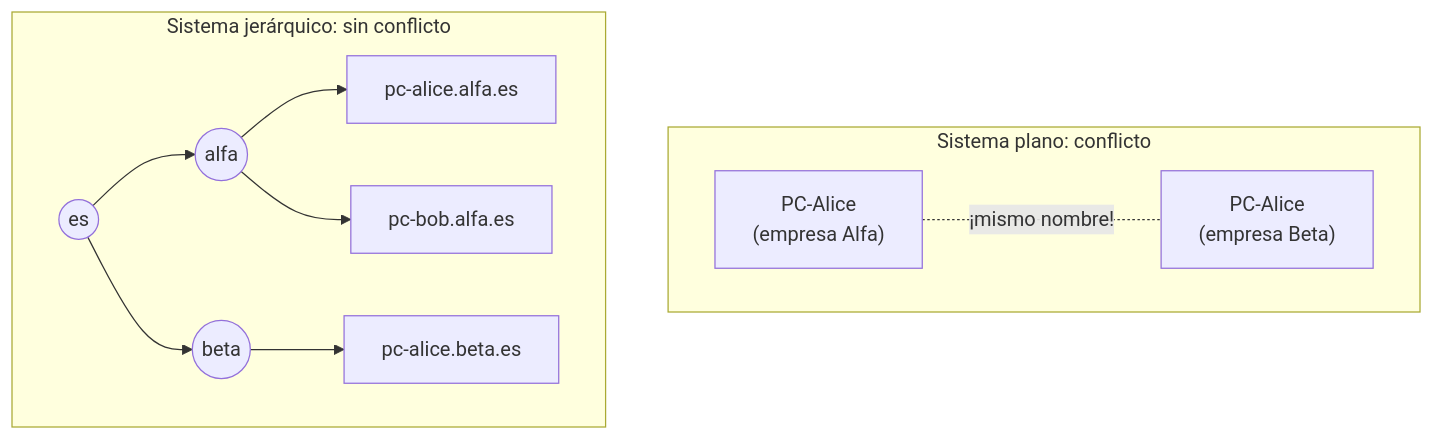
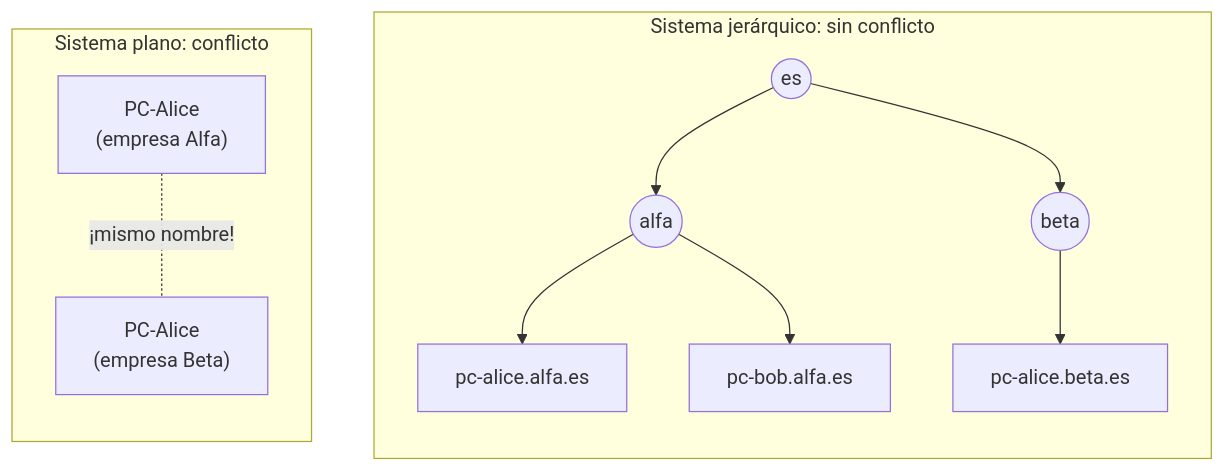
Before and after one commit to carloshercal/servicios-en-red: the first of 9 diagrams in docs/ut2-dns/teoria.md, drawn with Mermaid.

Commit message:
revisión diagramas

````diff
--- a/docs/ut2-dns/teoria.md
+++ b/docs/ut2-dns/teoria.md
@@ -68,11 +68,16 @@
 ```mermaid
-flowchart TB
+flowchart LR
+    %% LR coloca los dos bloques uno al lado del otro, en el orden en que se declaran
     subgraph Plano["Sistema plano: conflicto"]
+        direction TB
         A1["PC-Alice<br/>(empresa Alfa)"] -.-|"¡mismo nombre!"| A2["PC-Alice<br/>(empresa Beta)"]
     end
     subgraph Jerarquico["Sistema jerárquico: sin conflicto"]
+        direction TB
         ES(("es")) --> ALFA(("alfa")) & BETA(("beta"))
         ALFA --> P1["pc-alice.alfa.es"] & P2["pc-bob.alfa.es"]
         BETA --> P3["pc-alice.beta.es"]
     end
+    %% Enlace invisible: obliga a dibujar «Plano» a la izquierda y «Jerárquico» a la derecha
+    Plano ~~~ Jerarquico
 ```
````
